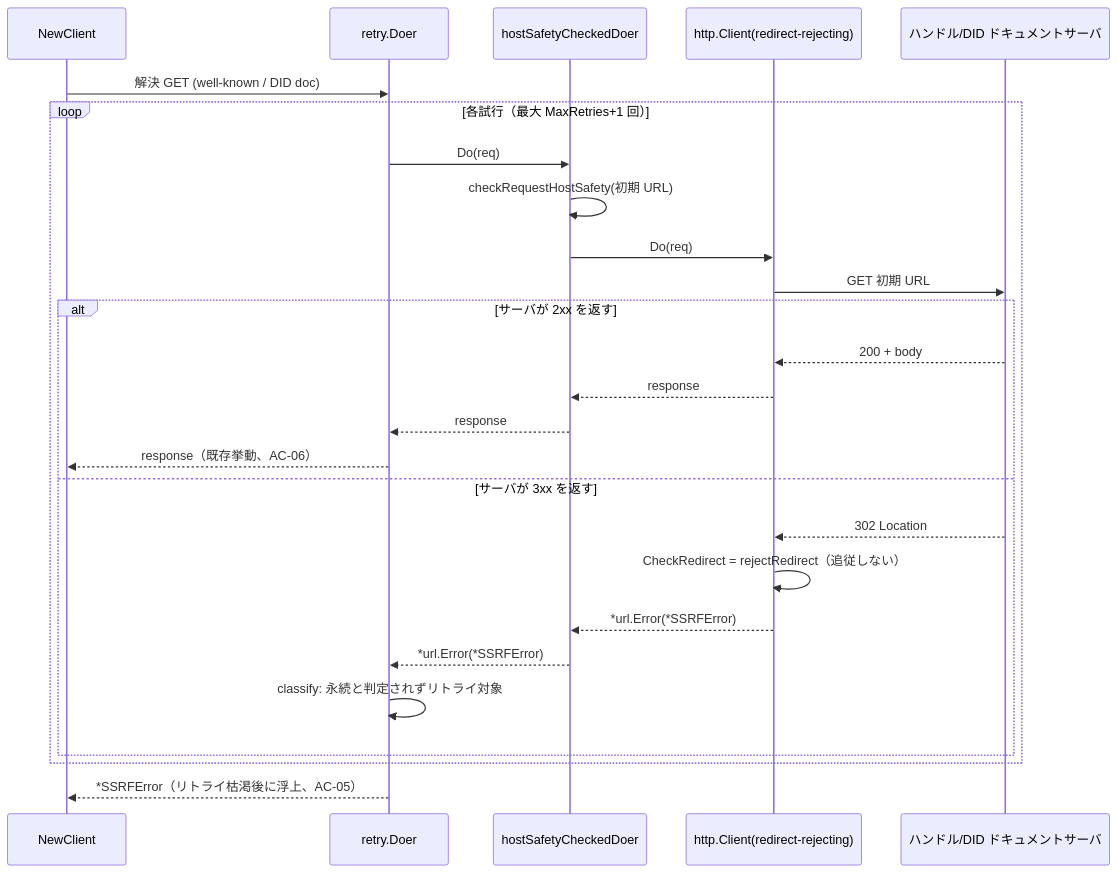
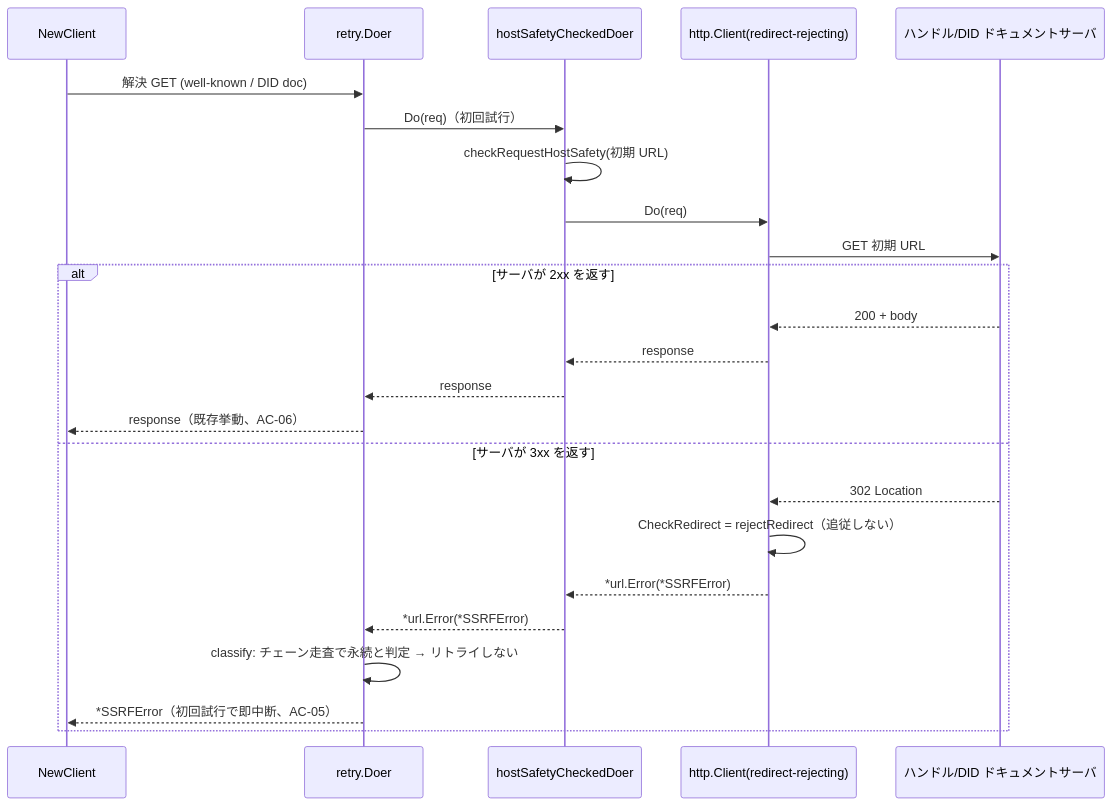
Before and after one commit to isseis/bsky-cleaner: the fifth of 6 diagrams in docs/tasks/0015_security_review_fixes/02_architecture.md, drawn with Mermaid. The commit also changed other lines of this file and 1 other file, not shown here.

Commit message:
docs(0016): correct errors.As API wording and sync 0015 retry-behavior prose
Follow-ups after implementing 0016:

- 0016 architecture: correct the persistence-detection API in §2.1 diagram,
  §2.2, §3.1, and §3.4 from the non-compiling errors.AsType[permanentError]
  to errors.As with an interface-typed target, matching the implementation
  and appendix B (which already read errors.As). Add a §3.1 note and an
  appendix-B decision-history entry explaining why AsType does not compile
  (permanentError lacks Error(), failing AsType's error constraint).

- 0015 architecture: 0016 changed the resolution-phase retry behavior, so
  update §3.2, §5.1, §6.1 (incl. the sequence diagram) from "redirect
  rejection is retried MaxRetries times then surfaces" to "detected as
  permanent on the first attempt and aborted immediately". The prior
  behavior is retained as a bounded history note.

````diff
--- a/docs/tasks/0015_security_review_fixes/02_architecture.md
+++ b/docs/tasks/0015_security_review_fixes/02_architecture.md
@@ -364,29 +364,27 @@
 ```mermaid
 sequenceDiagram
     participant NC as NewClient
     participant RD as retry.Doer
     participant HS as hostSafetyCheckedDoer
     participant HC as http.Client(redirect-rejecting)
     participant SRV as ハンドル/DID ドキュメントサーバ
 
     NC->>RD: 解決 GET (well-known / DID doc)
-    loop 各試行（最大 MaxRetries+1 回）
-        RD->>HS: Do(req)
-        HS->>HS: checkRequestHostSafety(初期 URL)
-        HS->>HC: Do(req)
-        HC->>SRV: GET 初期 URL
-        alt サーバが 2xx を返す
-            SRV-->>HC: 200 + body
-            HC-->>HS: response
-            HS-->>RD: response
-            RD-->>NC: response（既存挙動、AC-06）
-        else サーバが 3xx を返す
-            SRV-->>HC: 302 Location
-            HC->>HC: CheckRedirect = rejectRedirect（追従しない）
-            HC-->>HS: *url.Error(*SSRFError)
-            HS-->>RD: *url.Error(*SSRFError)
-            RD->>RD: classify: 永続と判定されずリトライ対象
-        end
+    RD->>HS: Do(req)（初回試行）
+    HS->>HS: checkRequestHostSafety(初期 URL)
+    HS->>HC: Do(req)
+    HC->>SRV: GET 初期 URL
+    alt サーバが 2xx を返す
+        SRV-->>HC: 200 + body
+        HC-->>HS: response
+        HS-->>RD: response
+        RD-->>NC: response（既存挙動、AC-06）
+    else サーバが 3xx を返す
+        SRV-->>HC: 302 Location
+        HC->>HC: CheckRedirect = rejectRedirect（追従しない）
+        HC-->>HS: *url.Error(*SSRFError)
+        HS-->>RD: *url.Error(*SSRFError)
+        RD->>RD: classify: チェーン走査で永続と判定 → リトライしない
+        RD-->>NC: *SSRFError（初回試行で即中断、AC-05）
     end
-    RD-->>NC: *SSRFError（リトライ枯渇後に浮上、AC-05）
 ```
````
